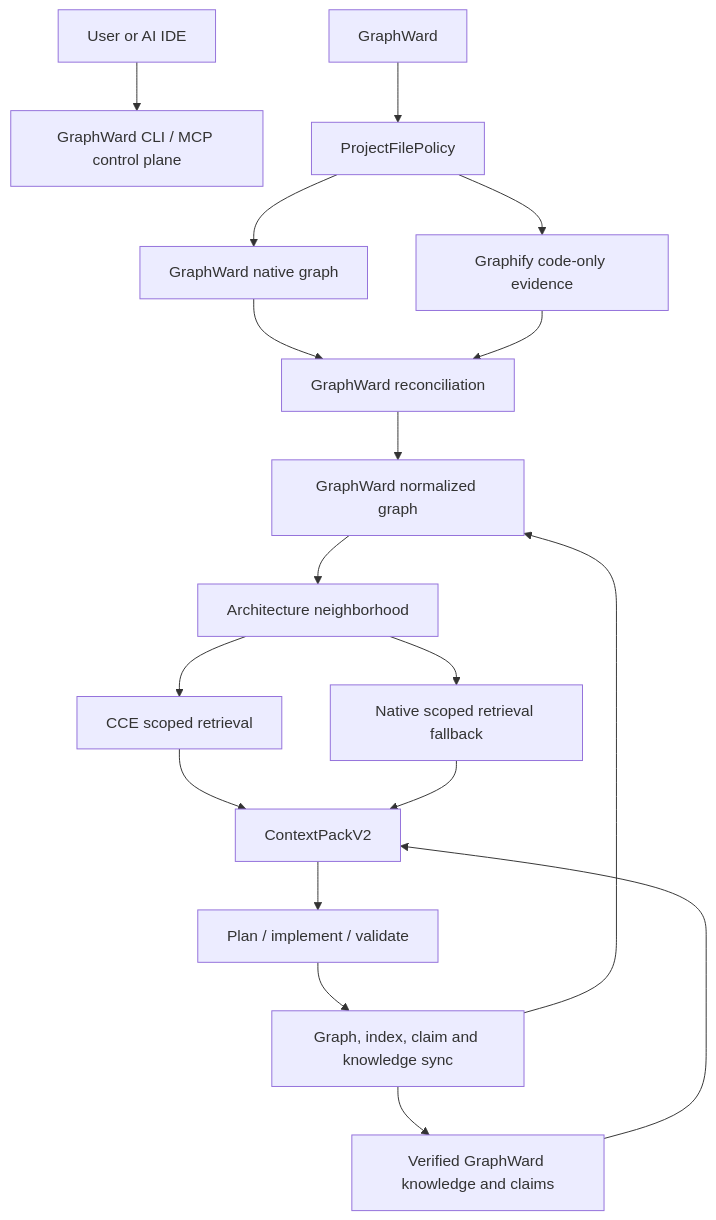
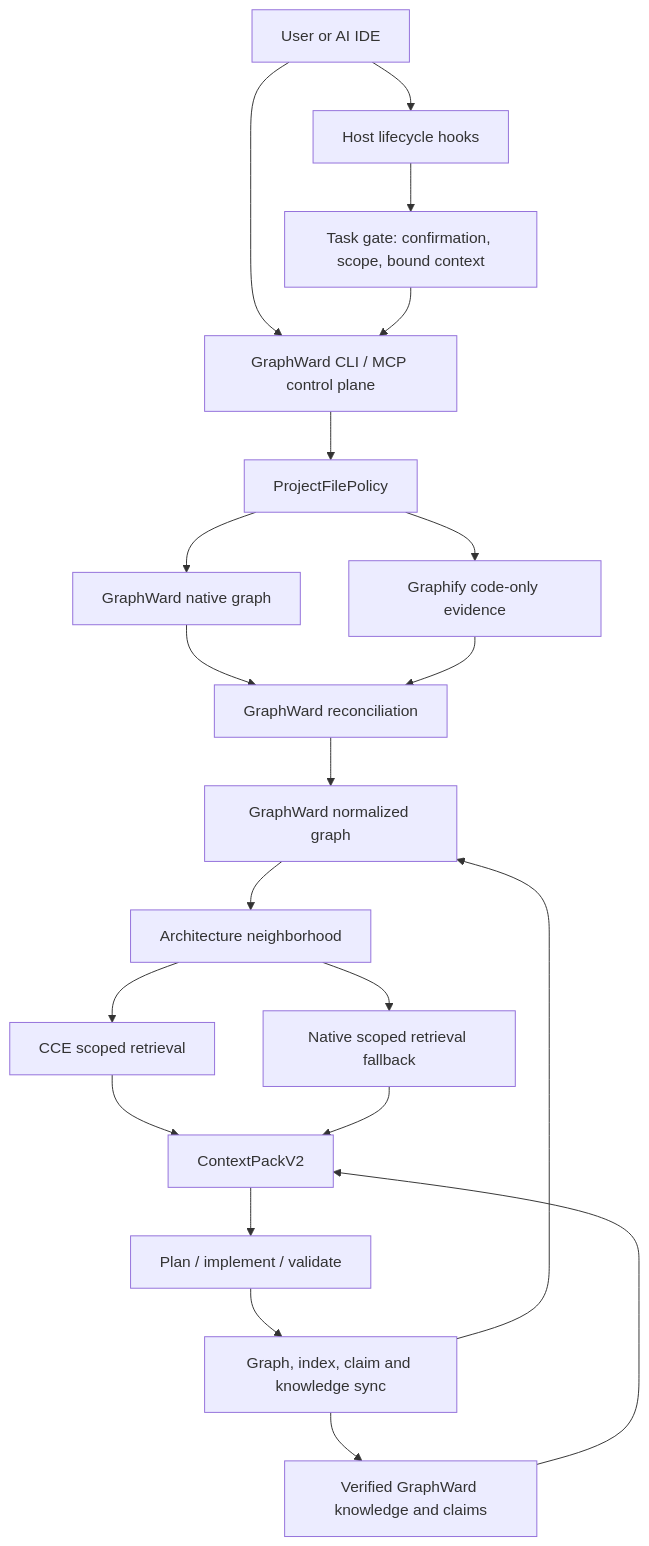
Before and after one commit to vinideep/graphward: the diagram in .graphward/graph/architecture-map.md, drawn with Mermaid. The commit also changed other lines of this file and 42 other files, not shown here.

````diff
--- a/.graphward/graph/architecture-map.md
+++ b/.graphward/graph/architecture-map.md
@@ -6,20 +6,23 @@
 ```mermaid
 flowchart TD
-    User[User or AI IDE] --> EI[GraphWard CLI / MCP control plane]
-    GraphWard --> Policy[ProjectFilePolicy]
+    User[User or AI IDE] --> GW[GraphWard CLI / MCP control plane]
+    User --> Hooks[Host lifecycle hooks]
+    Hooks --> Gate[Task gate: confirmation, scope, bound context]
+    Gate --> GW
+    GW --> Policy[ProjectFilePolicy]
     Policy --> Native[GraphWard native graph]
     Policy --> Graphify[Graphify code-only evidence]
     Native --> Reconcile[GraphWard reconciliation]
     Graphify --> Reconcile
     Reconcile --> Canonical[GraphWard normalized graph]
     Canonical --> Scope[Architecture neighborhood]
     Scope --> CCE[CCE scoped retrieval]
     Scope --> NativeSearch[Native scoped retrieval fallback]
     CCE --> Pack[ContextPackV2]
     NativeSearch --> Pack
     Knowledge[Verified GraphWard knowledge and claims] --> Pack
     Pack --> Plan[Plan / implement / validate]
     Plan --> Sync[Graph, index, claim and knowledge sync]
     Sync --> Canonical
     Sync --> Knowledge
 ```
````
